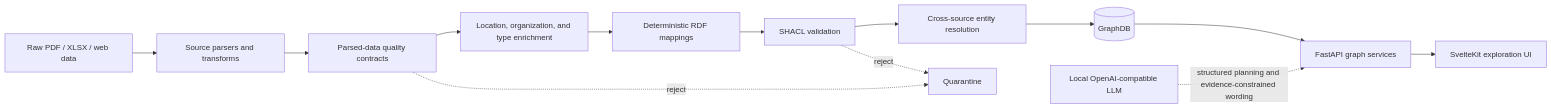
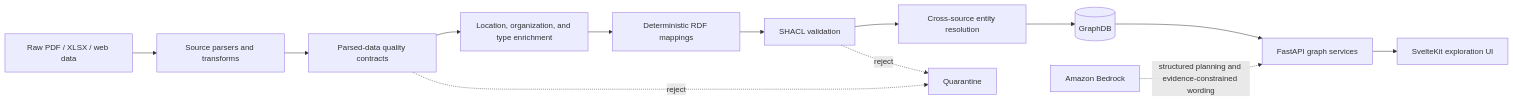
Before and after one commit to SkIym/SakunaGraPH: the diagram in README.md, drawn with Mermaid. The commit also changed other lines of this file and 15 other files, not shown here.

````diff
--- a/README.md
+++ b/README.md
@@ -79,17 +79,17 @@
 ```mermaid
 flowchart LR
     raw["Raw PDF / XLSX / web data"] --> source["Source parsers and transforms"]
     source --> quality["Parsed-data quality contracts"]
     quality --> enrich["Location, organization, and type enrichment"]
     enrich --> rdf["Deterministic RDF mappings"]
     rdf --> shacl["SHACL validation"]
     shacl --> resolve["Cross-source entity resolution"]
     resolve --> graphdb[(GraphDB)]
 
     graphdb --> api["FastAPI graph services"]
     api --> web["SvelteKit exploration UI"]
-    llm["Local OpenAI-compatible LLM"] -. "structured planning and evidence-constrained wording" .-> api
+    llm["Amazon Bedrock"] -. "structured planning and evidence-constrained wording" .-> api
 
     quality -. "reject" .-> quarantine["Quarantine"]
     shacl -. "reject" .-> quarantine
 ```
````
